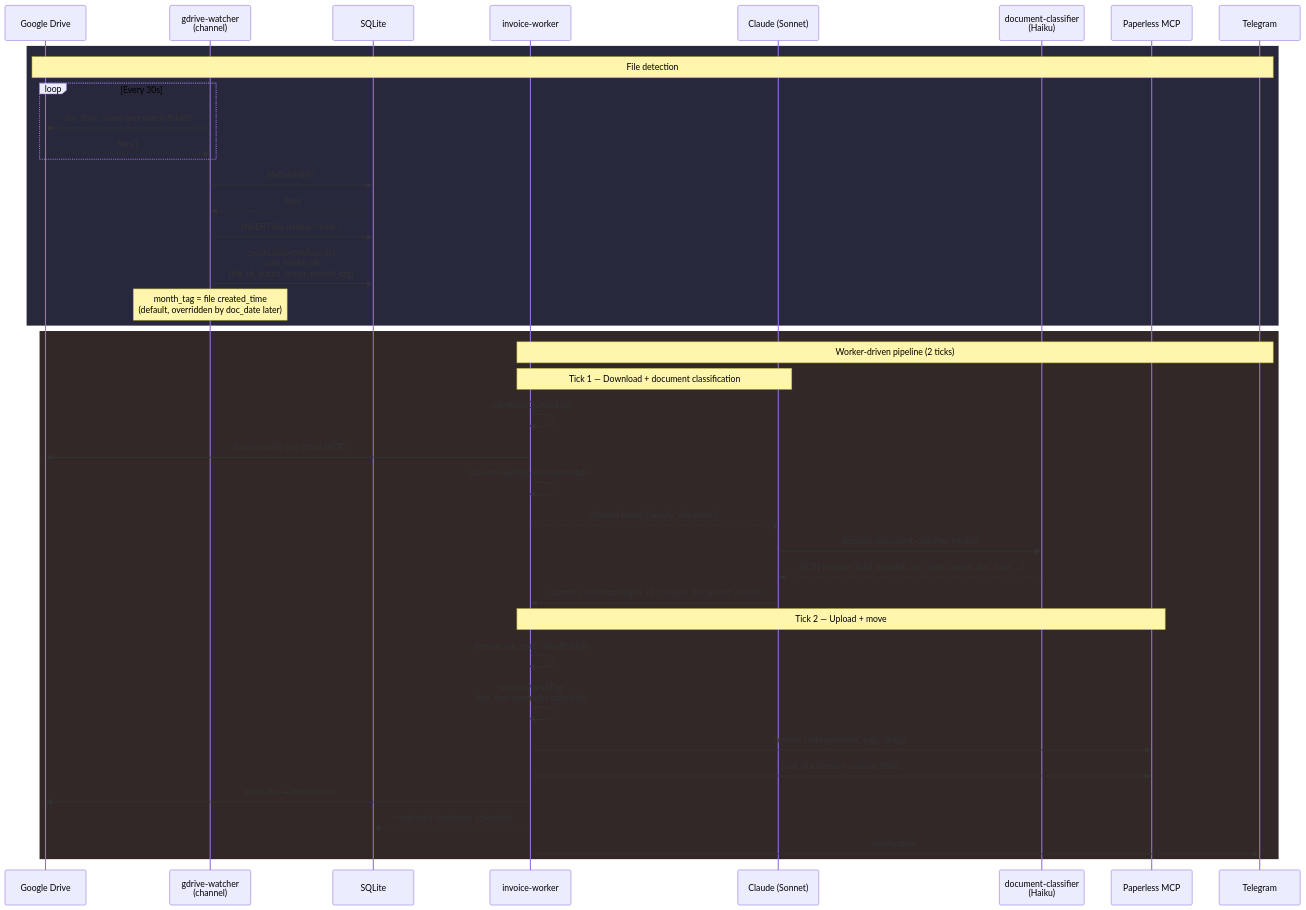
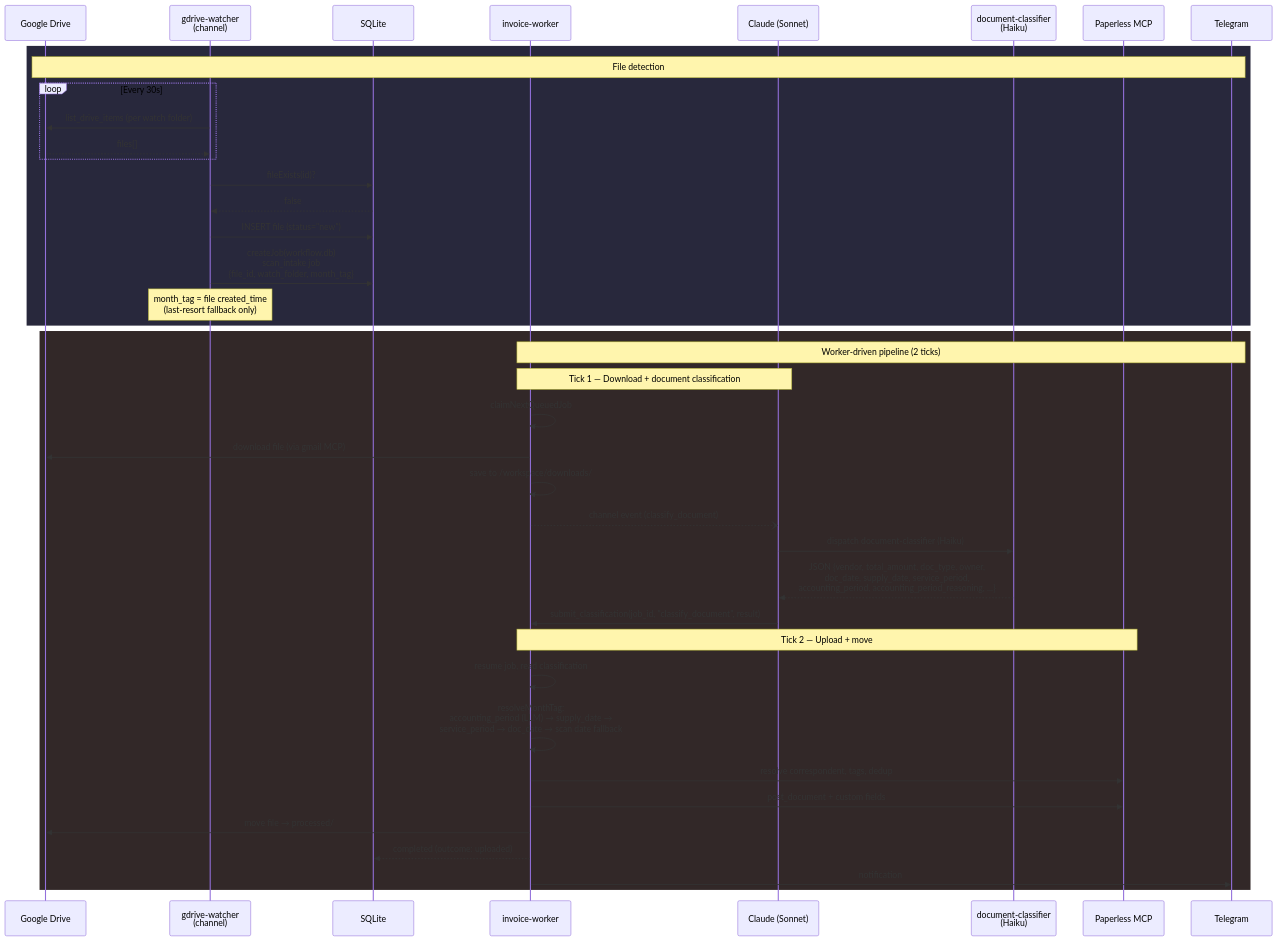
The fourth of 7 diagrams in docs/uc1-invoice-processing.md (mcsdodo/personal-assistant), drawn with Mermaid before and after one commit. The commit also changed other lines of this file and 7 other files, not shown here.

````diff
--- a/docs/uc1-invoice-processing.md
+++ b/docs/uc1-invoice-processing.md
@@ -303,46 +303,46 @@
 ```mermaid
 sequenceDiagram
     participant GD as Google Drive
     participant GW as gdrive-watcher<br/>(channel)
     participant DB as SQLite
     participant IW as invoice-worker
     participant C as Claude (Sonnet)
     participant DC as document-classifier<br/>(Haiku)
     participant P as Paperless MCP
     participant TG as Telegram
 
     rect rgb(40, 40, 60)
     note over GD,TG: File detection
     loop Every 30s
         GW->>GD: list_drive_items (per watch folder)
         GD-->>GW: files[]
     end
     GW->>DB: fileExists(id)?
     DB-->>GW: false
     GW->>DB: INSERT file (status="new")
     GW->>DB: createJob(workflow.db)<br/>scan_intake job<br/>{file_id, watch_folder, month_tag}
-    note over GW: month_tag = file created_time<br/>(default, overridden by doc_date later)
+    note over GW: month_tag = file created_time<br/>(last-resort fallback only)
     end
 
     rect rgb(50, 40, 40)
     note over IW,TG: Worker-driven pipeline (2 ticks)
 
     note over IW,C: Tick 1 — Download + document classification
     IW->>IW: claimNextQueuedJob
     IW->>GD: download file (via gmail MCP)
     IW->>IW: save to /workspace/downloads/
     IW--)C: channel event (classify_document)
     C->>DC: dispatch document-classifier (Haiku)
-    DC-->>C: JSON {vendor, total_amount, doc_type, owner, doc_date, ...}
+    DC-->>C: JSON {vendor, total_amount, doc_type, owner,<br/>doc_date, supply_date, service_period,<br/>accounting_period, accounting_period_reasoning, ...}
     C->>IW: submit_classification(job_id, "classify_document", result)
 
     note over IW,P: Tick 2 — Upload + move
     IW->>IW: resume job, read classification
-    IW->>IW: resolveMonthTag:<br/>doc_date overrides scan date
+    IW->>IW: resolveMonthTag:<br/>accounting_period (LLM) → supply_date →<br/>service_period → doc_date → scan date fallback
     IW->>P: resolve correspondent, tags, dedup
     IW->>P: post_document + custom fields
     IW->>GD: move file → processed/
     IW-->>DB: completed (outcome: uploaded)
     IW->>TG: notification
     end
 ```
````
